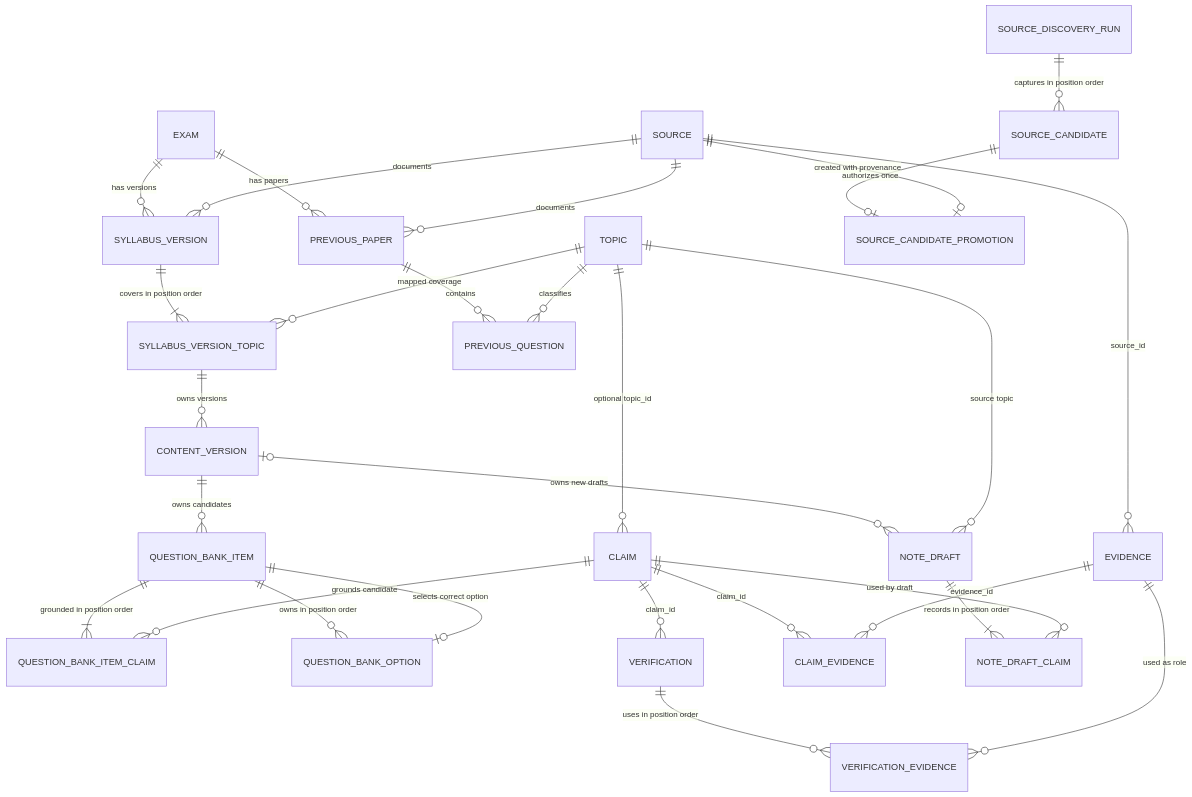
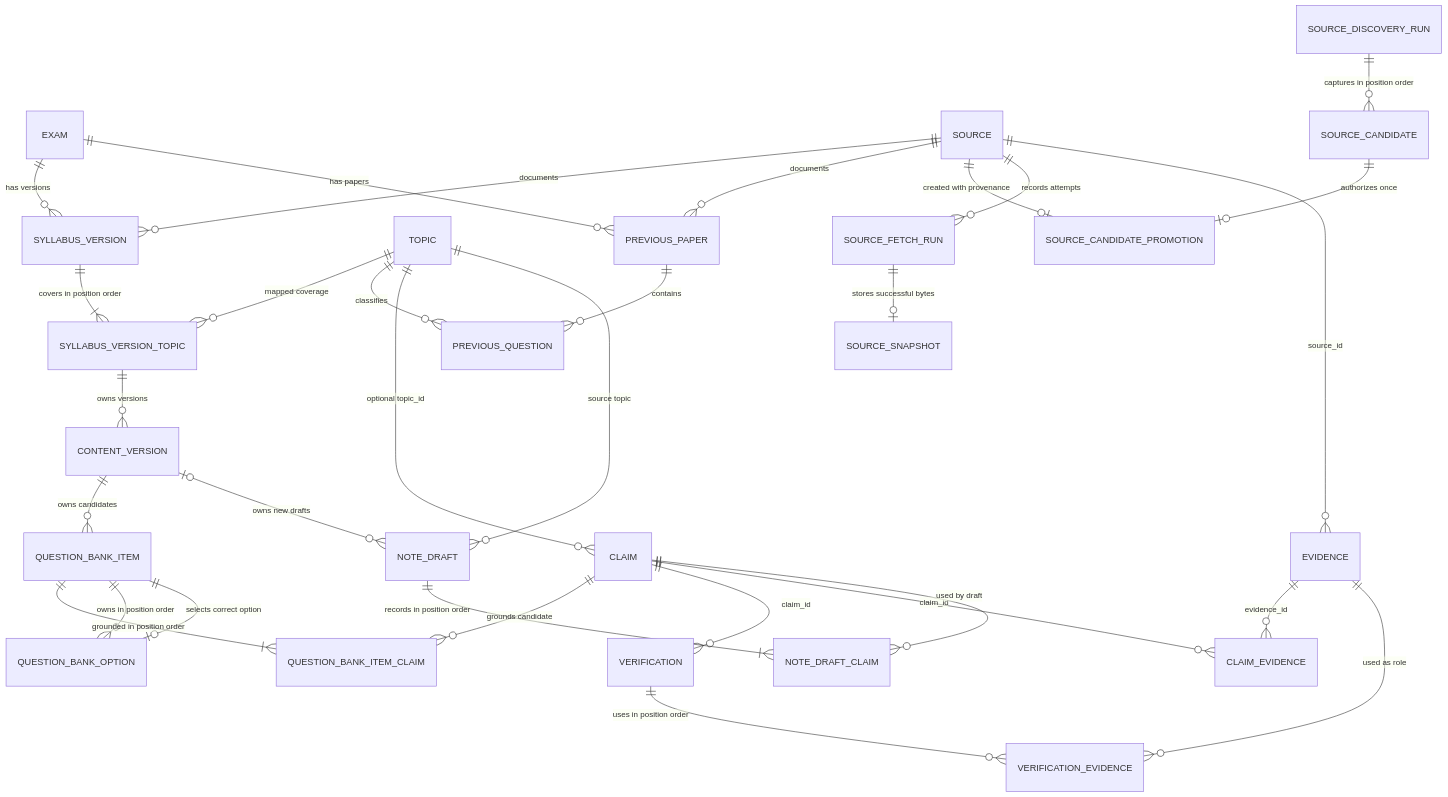
Before and after one commit to Dyuti60/assam-exam-ai: the third of 4 diagrams in docs/architecture.md, drawn with Mermaid. The commit also changed other lines of this file and 10 other files, not shown here.

Commit message:
feat: add controlled source fetch executor

````diff
--- a/docs/architecture.md
+++ b/docs/architecture.md
@@ -70,31 +70,33 @@
 ```mermaid
 erDiagram
     EXAM ||--o{ SYLLABUS_VERSION : "has versions"
     SOURCE ||--o{ SYLLABUS_VERSION : "documents"
     SYLLABUS_VERSION ||--|{ SYLLABUS_VERSION_TOPIC : "covers in position order"
     TOPIC ||--o{ SYLLABUS_VERSION_TOPIC : "mapped coverage"
     SYLLABUS_VERSION_TOPIC ||--o{ CONTENT_VERSION : "owns versions"
     CONTENT_VERSION ||--o{ QUESTION_BANK_ITEM : "owns candidates"
     CONTENT_VERSION o|--o{ NOTE_DRAFT : "owns new drafts"
     QUESTION_BANK_ITEM ||--|{ QUESTION_BANK_ITEM_CLAIM : "grounded in position order"
     CLAIM ||--o{ QUESTION_BANK_ITEM_CLAIM : "grounds candidate"
     QUESTION_BANK_ITEM ||--o{ QUESTION_BANK_OPTION : "owns in position order"
     QUESTION_BANK_ITEM ||--o| QUESTION_BANK_OPTION : "selects correct option"
     EXAM ||--o{ PREVIOUS_PAPER : "has papers"
     SOURCE ||--o{ PREVIOUS_PAPER : "documents"
     PREVIOUS_PAPER ||--o{ PREVIOUS_QUESTION : "contains"
     TOPIC ||--o{ PREVIOUS_QUESTION : "classifies"
     TOPIC ||--o{ CLAIM : "optional topic_id"
     SOURCE_DISCOVERY_RUN ||--o{ SOURCE_CANDIDATE : "captures in position order"
     SOURCE_CANDIDATE ||--o| SOURCE_CANDIDATE_PROMOTION : "authorizes once"
     SOURCE ||--o| SOURCE_CANDIDATE_PROMOTION : "created with provenance"
+    SOURCE ||--o{ SOURCE_FETCH_RUN : "records attempts"
+    SOURCE_FETCH_RUN ||--o| SOURCE_SNAPSHOT : "stores successful bytes"
     SOURCE ||--o{ EVIDENCE : "source_id"
     CLAIM ||--o{ VERIFICATION : "claim_id"
     CLAIM ||--o{ CLAIM_EVIDENCE : "claim_id"
     EVIDENCE ||--o{ CLAIM_EVIDENCE : "evidence_id"
     VERIFICATION ||--o{ VERIFICATION_EVIDENCE : "uses in position order"
     EVIDENCE ||--o{ VERIFICATION_EVIDENCE : "used as role"
     TOPIC ||--o{ NOTE_DRAFT : "source topic"
     NOTE_DRAFT ||--|{ NOTE_DRAFT_CLAIM : "records in position order"
     CLAIM ||--o{ NOTE_DRAFT_CLAIM : "used by draft"
 ```
````
